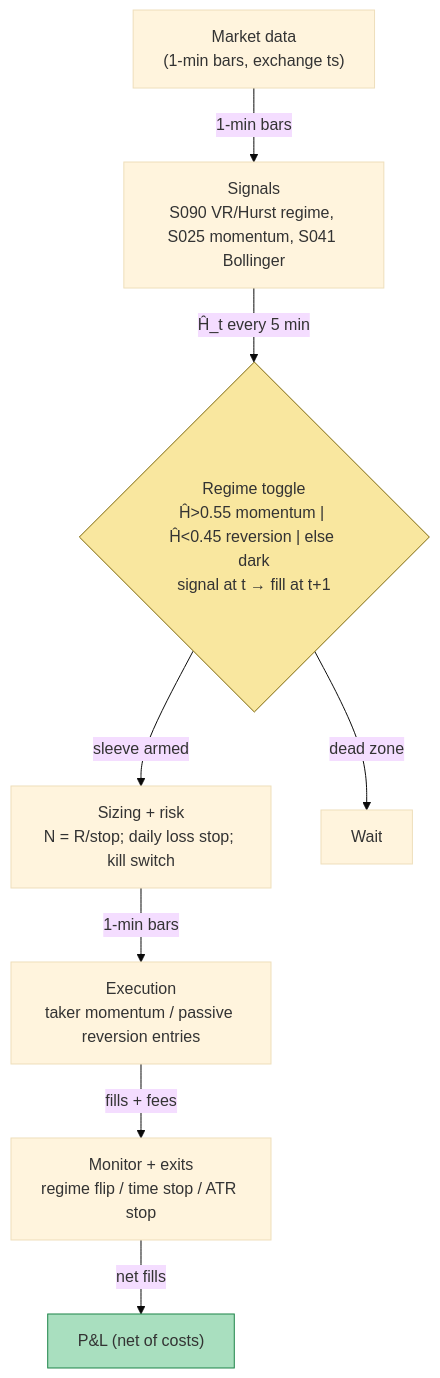
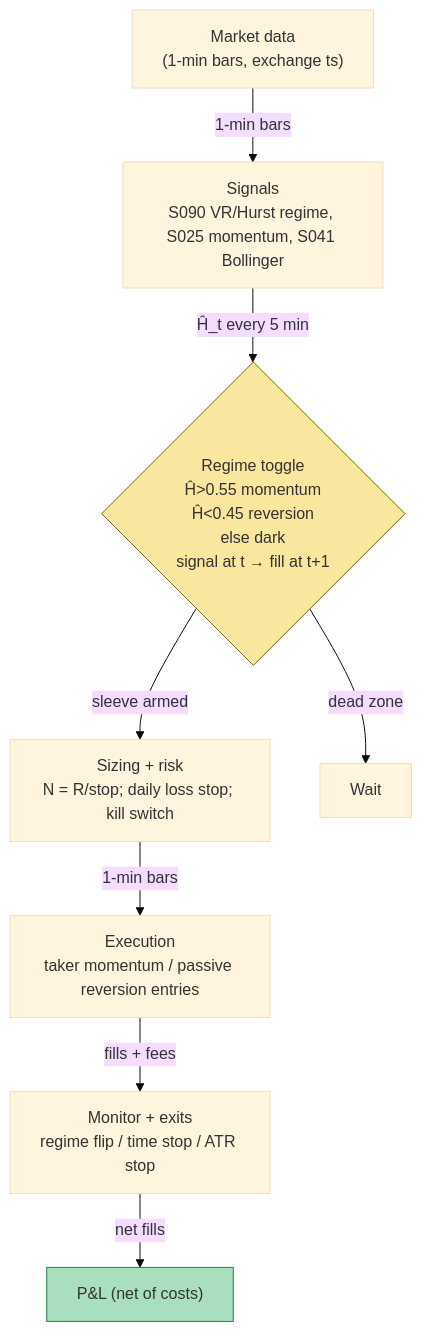
One commit to praveenguptahcl/quant-signals-deep changed the diagram in batches/TB6/T054.md. Above: the diagram before and after it, drawn with Mermaid (base theme). The commit also changed other lines of this file and 39 other files, not shown here.

````diff
--- a/batches/TB6/T054.md
+++ b/batches/TB6/T054.md
@@ -145,12 +144,12 @@
 ```mermaid
 flowchart TD
     DATA["Market data\n(1-min bars, exchange ts)"] -->|1-min bars| SIGS["Signals\nS090 VR/Hurst regime, S025 momentum, S041 Bollinger"]
-    SIGS -->|Ĥ_t every 5 min| ENTRY{"Regime toggle\nĤ>0.55 momentum | Ĥ<0.45 reversion | else dark\nsignal at t → fill at t+1"}
+    SIGS -->|Ĥ_t every 5 min| ENTRY{"Regime toggle<br/>Ĥ>0.55 momentum<br/>Ĥ<0.45 reversion<br/>else dark<br/>signal at t → fill at t+1"}
     ENTRY -->|sleeve armed| SIZE["Sizing + risk\nN = R/stop; daily loss stop; kill switch"]
     ENTRY -->|dead zone| WAIT["Wait"]
     SIZE -->|1-min bars| EXEC["Execution\ntaker momentum / passive reversion entries"]
     EXEC -->|fills + fees| MON["Monitor + exits\nregime flip / time stop / ATR stop"]
     MON -->|net fills| PNL["P&L (net of costs)"]
     style ENTRY fill:#f9e79f,stroke:#7d6608
     style PNL fill:#a9dfbf,stroke:#1e8449
 ```
````
